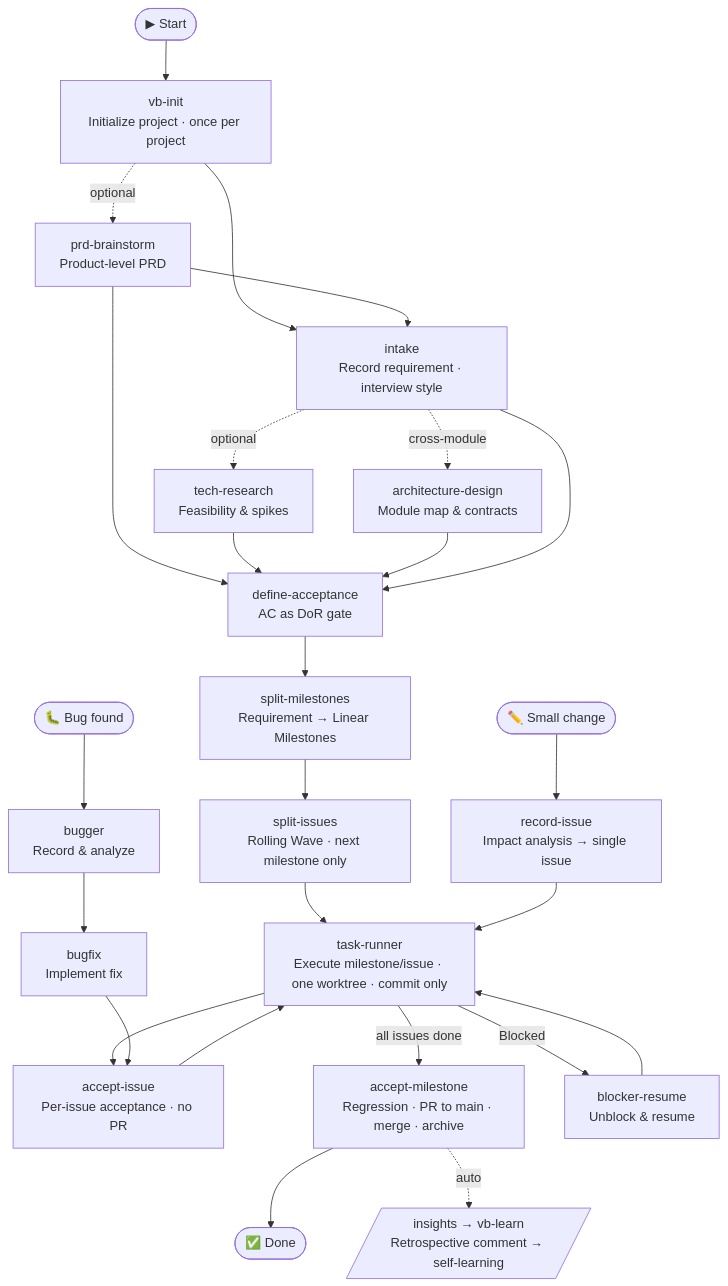
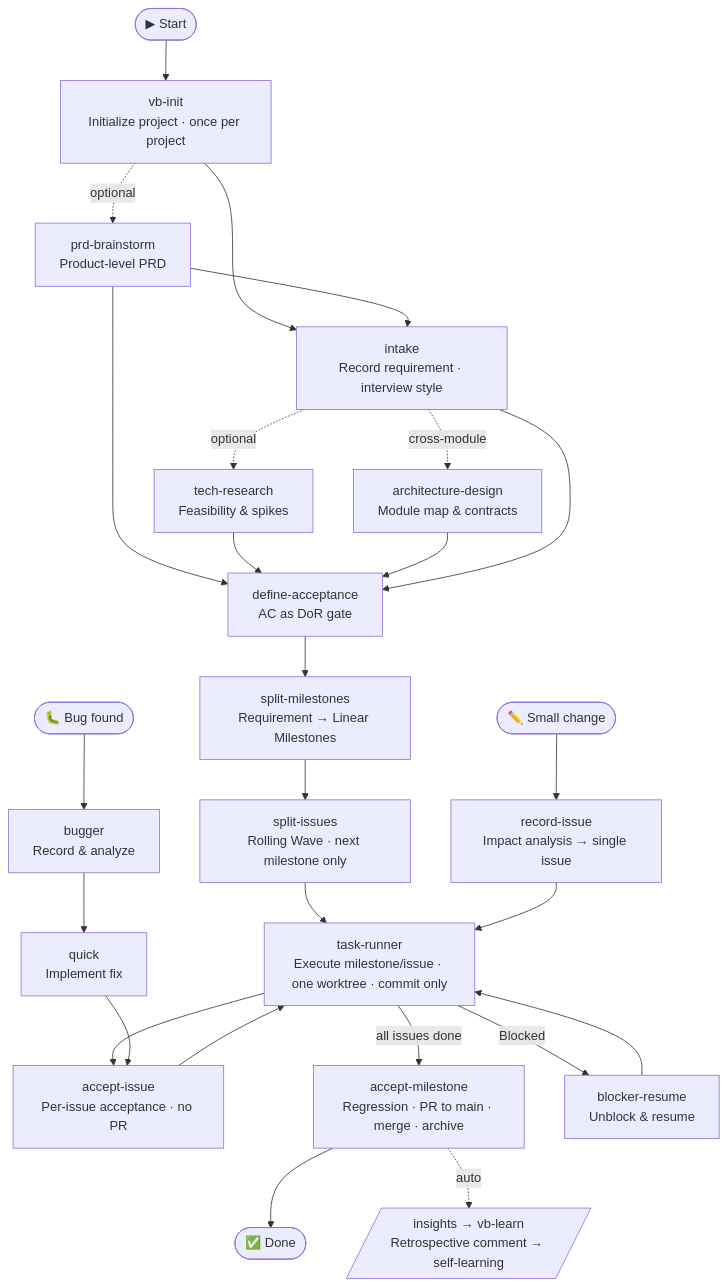
One commit to JsonLee12138/vibeRig changed the diagram in README.md. Above: the diagram before and after it, drawn with Mermaid. The commit also changed other lines of this file and 34 other files, not shown here.

````diff
--- a/README.md
+++ b/README.md
@@ -7,28 +7,28 @@
 ```mermaid
 flowchart TD
     S([▶ Start]) --> Init["vb-init\nInitialize project · once per project"]
     Init -.optional.-> PRD["prd-brainstorm\nProduct-level PRD"]
     Init --> Intake
     PRD --> Intake["intake\nRecord requirement · interview style"]
     Intake -.optional.-> Research["tech-research\nFeasibility & spikes"]
     Intake -.cross-module.-> Arch["architecture-design\nModule map & contracts"]
     PRD --> DefineAC
     Research --> DefineAC
     Arch --> DefineAC
     Intake --> DefineAC["define-acceptance\nAC as DoR gate"]
     DefineAC --> SplitMs["split-milestones\nRequirement → Linear Milestones"]
     SplitMs --> SplitIs["split-issues\nRolling Wave · next milestone only"]
     SplitIs --> TaskRunner["task-runner\nExecute milestone/issue · one worktree · commit only"]
     TaskRunner --> AcceptIssue["accept-issue\nPer-issue acceptance · no PR"]
     AcceptIssue --> TaskRunner
     TaskRunner -->|"all issues done"| AcceptMs["accept-milestone\nRegression · PR to main · merge · archive"]
     AcceptMs --> Done([✅ Done])
     AcceptMs -."auto".-> Insights[/"insights → vb-learn\nRetrospective comment → self-learning"/]
     TaskRunner -->|"Blocked"| Blocker["blocker-resume\nUnblock & resume"]
     Blocker --> TaskRunner
 
     SmallEntry(["✏️ Small change"]) --> RecordIssue["record-issue\nImpact analysis → single issue"]
     RecordIssue --> TaskRunner
     BugEntry(["🐛 Bug found"]) --> Bugger["bugger\nRecord & analyze"]
-    Bugger --> Bugfix["bugfix\nImplement fix"] --> AcceptIssue
+    Bugger --> Quick["quick\nImplement fix"] --> AcceptIssue
 ```
````
